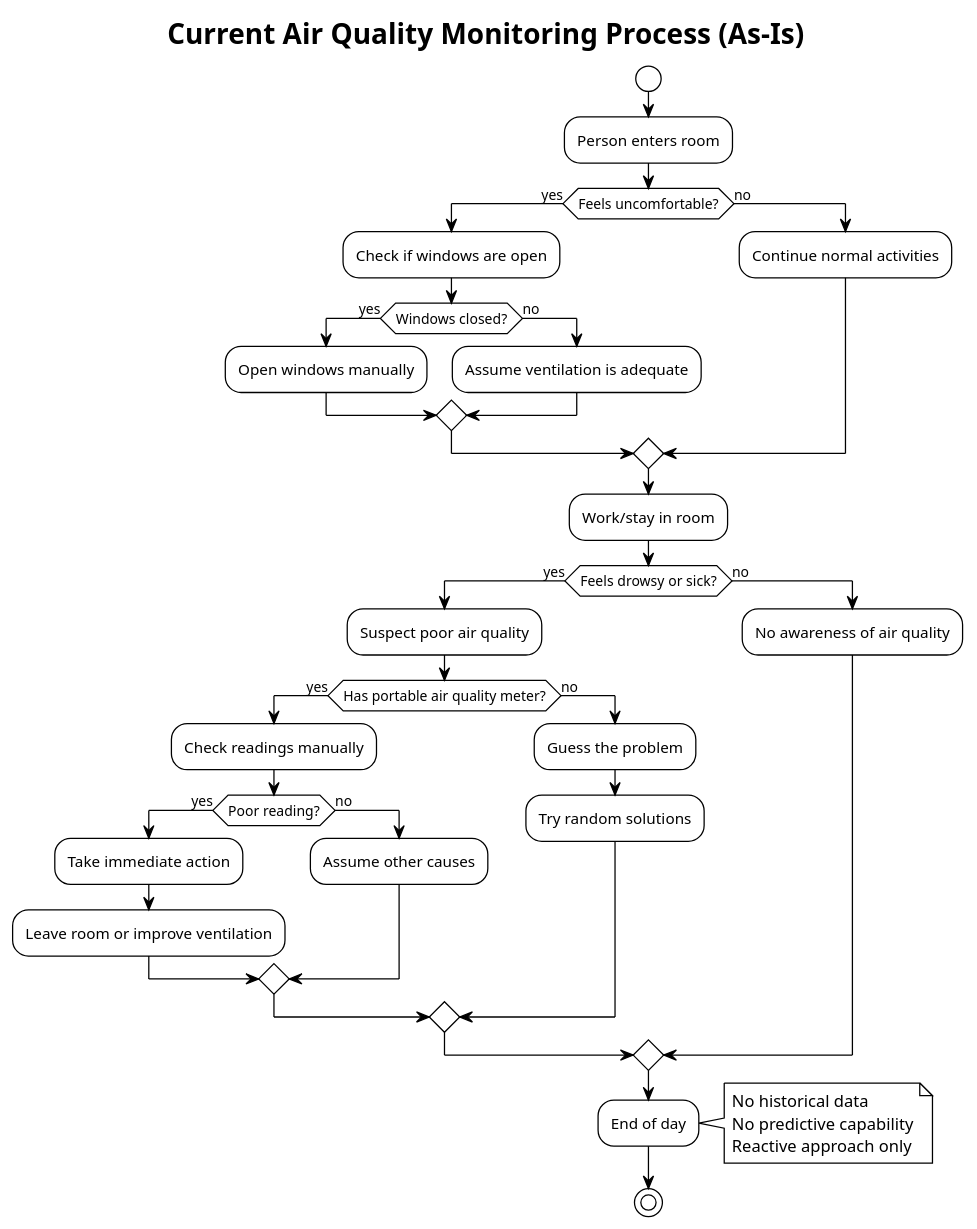
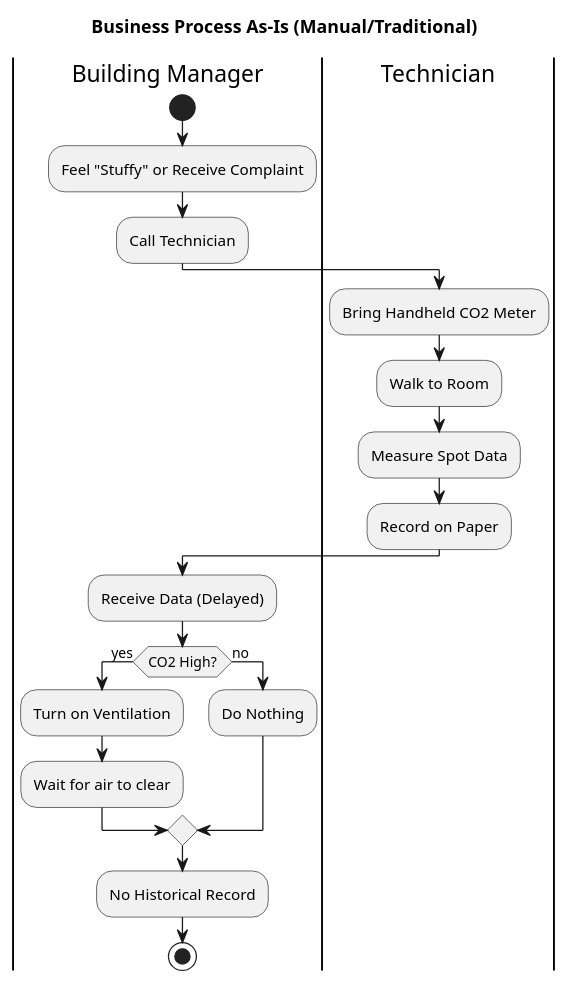
One commit to pratama404/breev changed the diagram in docs/Architecture_Diagrams/activity-as-is.puml. Above: the diagram before and after it, drawn with PlantUML. The commit also changed 47 other files, not shown here.

```diff
--- a/docs/Architecture_Diagrams/activity-as-is.puml
+++ b/docs/Architecture_Diagrams/activity-as-is.puml
@@ -1,46 +1,25 @@
-@startuml Activity Diagram - As Is (Current State)
-!theme plain
+@startuml Activity - As-Is Process
+title Business Process As-Is (Manual/Traditional)
 
-title Current Air Quality Monitoring Process (As-Is)
+|Building Manager|
+start
+:Feel "Stuffy" or Receive Complaint;
+:Call Technician;
 
-start
+|Technician|
+:Bring Handheld CO2 Meter;
+:Walk to Room;
+:Measure Spot Data;
+:Record on Paper;
 
-:Person enters room;
-
-if (Feels uncomfortable?) then (yes)
-  :Check if windows are open;
-  if (Windows closed?) then (yes)
-    :Open windows manually;
-  else (no)
-    :Assume ventilation is adequate;
-  endif
+|Building Manager|
+:Receive Data (Delayed);
+if (CO2 High?) then (yes)
+    :Turn on Ventilation;
+    :Wait for air to clear;
 else (no)
-  :Continue normal activities;
+    :Do Nothing;
 endif
-
-:Work/stay in room;
-
-if (Feels drowsy or sick?) then (yes)
-  :Suspect poor air quality;
-  if (Has portable air quality meter?) then (yes)
-    :Check readings manually;
-    if (Poor reading?) then (yes)
-      :Take immediate action;
-      :Leave room or improve ventilation;
-    else (no)
-      :Assume other causes;
-    endif
-  else (no)
-    :Guess the problem;
-    :Try random solutions;
-  endif
-else (no)
-  :No awareness of air quality;
-endif
-
-:End of day;
-note right: No historical data\nNo predictive capability\nReactive approach only
-
+:No Historical Record;
 stop
-
 @enduml
```
